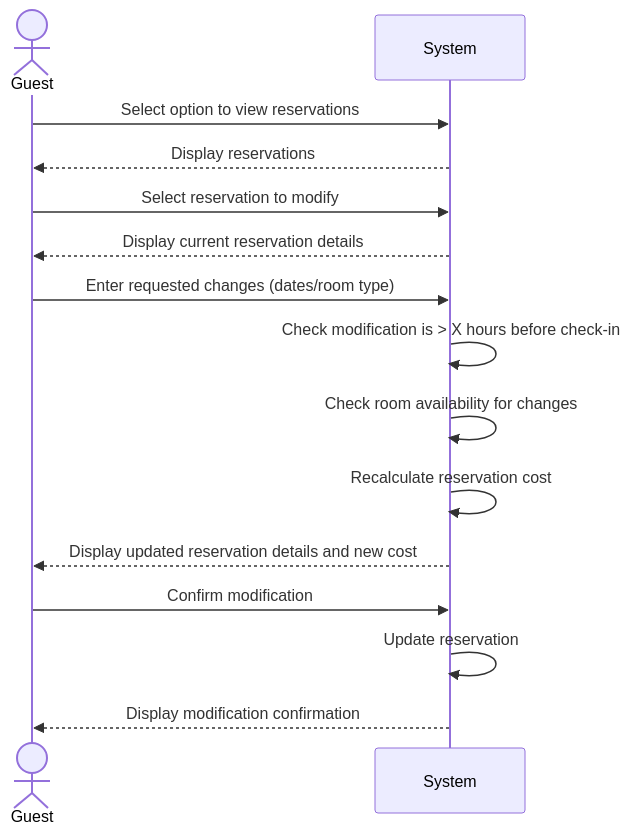
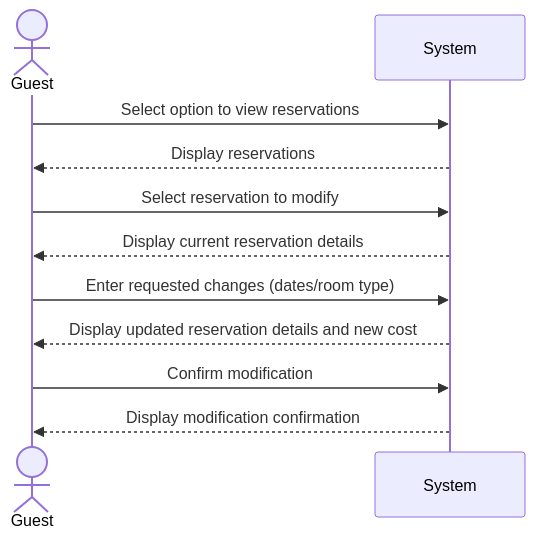
Before and after one commit to JaceYar/Software1-Proj: the diagram in Documentation/User-Cases/ModifyReservation.md, drawn with Mermaid. The commit also changed 17 other files, not shown here.

````diff
--- a/Documentation/User-Cases/ModifyReservation.md
+++ b/Documentation/User-Cases/ModifyReservation.md
@@ -11,18 +11,14 @@
 ```mermaid
 sequenceDiagram
     actor Guest
     participant System
 
     Guest->>System: Select option to view reservations
     System-->>Guest: Display reservations
     Guest->>System: Select reservation to modify
     System-->>Guest: Display current reservation details
     Guest->>System: Enter requested changes (dates/room type)
-    System->>System: Check modification is > X hours before check-in
-    System->>System: Check room availability for changes
-    System->>System: Recalculate reservation cost
     System-->>Guest: Display updated reservation details and new cost
     Guest->>System: Confirm modification
-    System->>System: Update reservation
     System-->>Guest: Display modification confirmation
 ```
````
